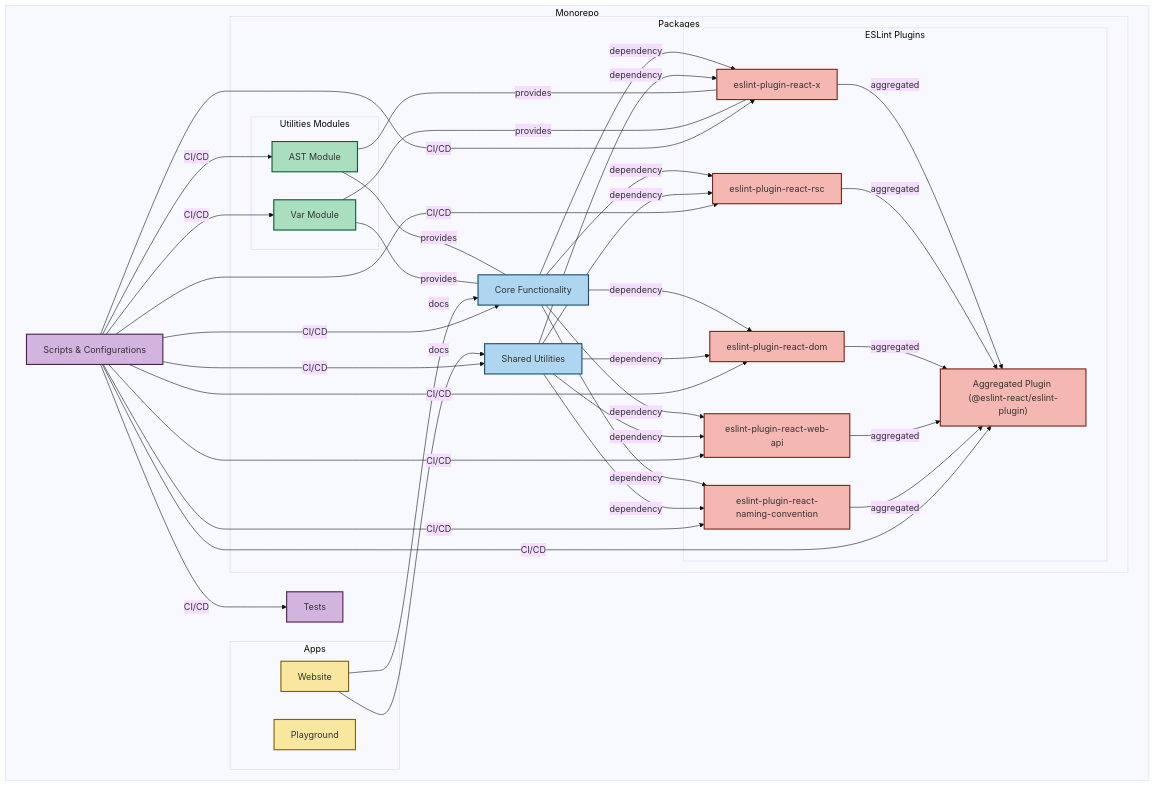
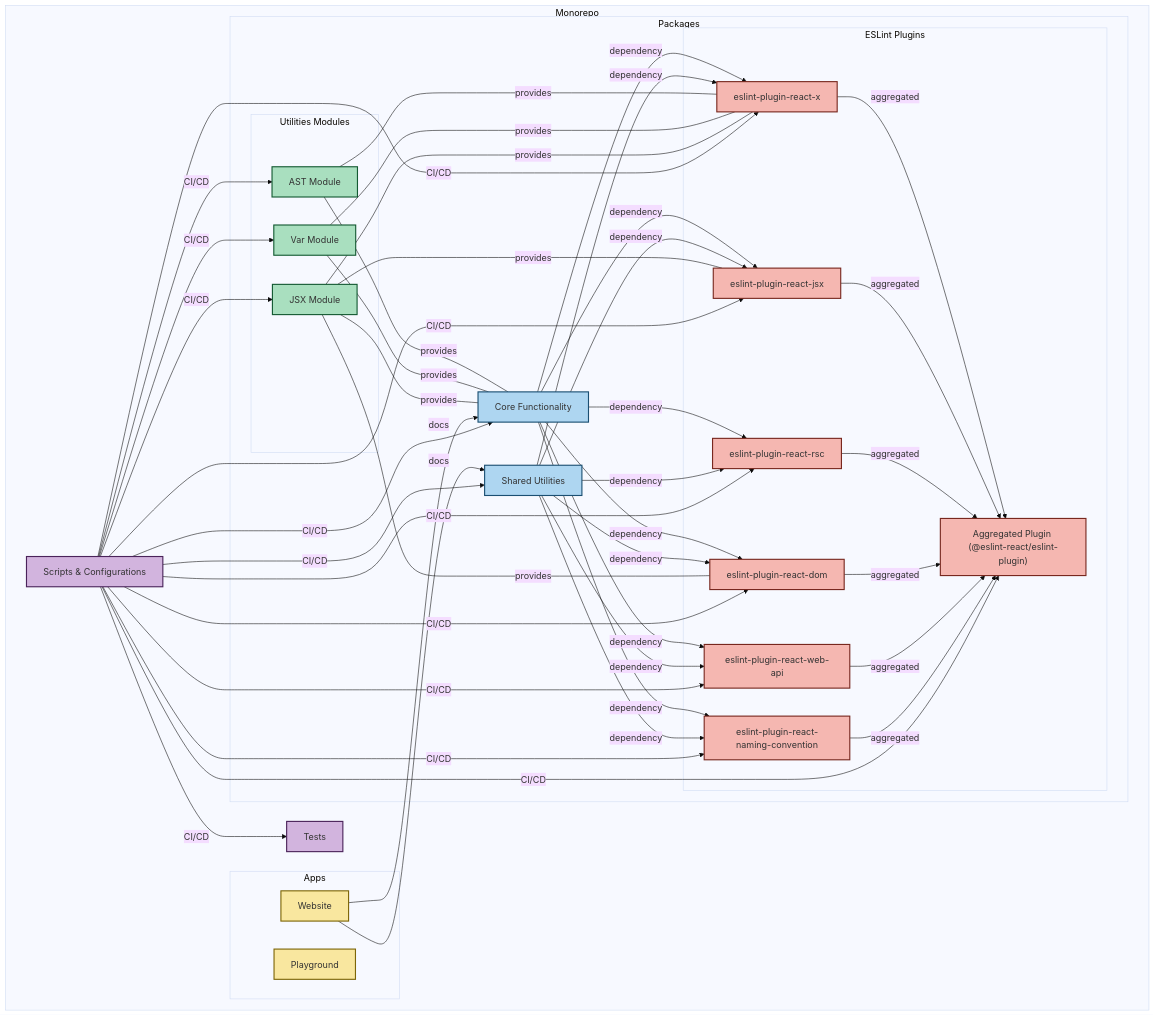
One commit to Rel1cx/eslint-react changed the diagram in apps/website/content/docs/contributing.mdx. Above: the diagram before and after it, drawn with Mermaid (base theme). The commit also changed other lines of this file and 396 other files, not shown here.

```diff
--- a/apps/website/content/docs/contributing.mdx
+++ b/apps/website/content/docs/contributing.mdx
@@ -29,16 +29,18 @@
             subgraph "Utilities Modules"
                 AST["AST Module"]:::utilities
                 Var["Var Module"]:::utilities
+                JSX["JSX Module"]:::utilities
             end
 
             %% ESLint Plugins Subgraph
             subgraph "ESLint Plugins"
-                X["eslint-plugin-react-x"]:::plugins
-                RSC["eslint-plugin-react-rsc"]:::plugins
-                DOM["eslint-plugin-react-dom"]:::plugins
-                WebAPI["eslint-plugin-react-web-api"]:::plugins
-                NamingConvention["eslint-plugin-react-naming-convention"]:::plugins
-                Aggregated["Aggregated Plugin (@eslint-react/eslint-plugin)"]:::plugins
+                ReactX["eslint-plugin-react-x"]:::plugins
+                ReactJSX["eslint-plugin-react-jsx"]:::plugins
+                ReactRSC["eslint-plugin-react-rsc"]:::plugins
+                ReactDOM["eslint-plugin-react-dom"]:::plugins
+                ReactWebAPI["eslint-plugin-react-web-api"]:::plugins
+                ReactNamingConvention["eslint-plugin-react-naming-convention"]:::plugins
+                ReactAggregated["Aggregated Plugin (@eslint-react/eslint-plugin)"]:::plugins
             end
         end
 
@@ -51,34 +53,38 @@
 
     %% Relationships
     %% Plugins depend on Core and Shared
-    Core -->|"dependency"| X
-    Core -->|"dependency"| RSC
-    Core -->|"dependency"| DOM
-    Core -->|"dependency"| WebAPI
+    Core -->|"dependency"| ReactX
+    Core -->|"dependency"| ReactJSX
+    Core -->|"dependency"| ReactRSC
+    Core -->|"dependency"| ReactDOM
+    Core -->|"dependency"| ReactWebAPI
+    Core -->|"dependency"| ReactNamingConvention
 
-    Core -->|"dependency"| NamingConvention
-
-    Shared -->|"dependency"| X
-    Shared -->|"dependency"| RSC
-    Shared -->|"dependency"| DOM
-    Shared -->|"dependency"| WebAPI
-
-    Shared -->|"dependency"| NamingConvention
+    Shared -->|"dependency"| ReactX
+    Shared -->|"dependency"| ReactJSX
+    Shared -->|"dependency"| ReactRSC
+    Shared -->|"dependency"| ReactDOM
+    Shared -->|"dependency"| ReactWebAPI
+    Shared -->|"dependency"| ReactNamingConvention
 
     %% Utilities used by Core and Plugins
     AST ---|"provides"| Core
     Var ---|"provides"| Core
+    JSX ---|"provides"| Core
 
-    AST ---|"provides"| X
-    Var ---|"provides"| X
+    AST ---|"provides"| ReactX
+    Var ---|"provides"| ReactX
+    JSX ---|"provides"| ReactX
+    JSX ---|"provides"| ReactDOM
+    JSX ---|"provides"| ReactJSX
 
     %% Aggregation of Plugins
-    X -->|"aggregated"| Aggregated
-    RSC -->|"aggregated"| Aggregated
-    DOM -->|"aggregated"| Aggregated
-    WebAPI -->|"aggregated"| Aggregated
-
-    NamingConvention -->|"aggregated"| Aggregated
+    ReactX -->|"aggregated"| ReactAggregated
+    ReactJSX -->|"aggregated"| ReactAggregated
+    ReactRSC -->|"aggregated"| ReactAggregated
+    ReactDOM -->|"aggregated"| ReactAggregated
+    ReactWebAPI -->|"aggregated"| ReactAggregated
+    ReactNamingConvention -->|"aggregated"| ReactAggregated
 
     %% Website Documentation uses Core and Shared docs
     Website -->|"docs"| Core
@@ -89,13 +95,14 @@
     Scripts -->|"CI/CD"| Shared
     Scripts -->|"CI/CD"| AST
     Scripts -->|"CI/CD"| Var
-    Scripts -->|"CI/CD"| X
-    Scripts -->|"CI/CD"| RSC
-    Scripts -->|"CI/CD"| DOM
-    Scripts -->|"CI/CD"| WebAPI
-
-    Scripts -->|"CI/CD"| NamingConvention
-    Scripts -->|"CI/CD"| Aggregated
+    Scripts -->|"CI/CD"| JSX
+    Scripts -->|"CI/CD"| ReactX
+    Scripts -->|"CI/CD"| ReactJSX
+    Scripts -->|"CI/CD"| ReactRSC
+    Scripts -->|"CI/CD"| ReactDOM
+    Scripts -->|"CI/CD"| ReactWebAPI
+    Scripts -->|"CI/CD"| ReactNamingConvention
+    Scripts -->|"CI/CD"| ReactAggregated
     Scripts -->|"CI/CD"| Tests
 
     %% Click Events
@@ -105,11 +112,14 @@
     click Shared "https://github.com/rel1cx/eslint-react/tree/main/packages/shared"
     click AST "https://github.com/rel1cx/eslint-react/tree/main/packages/utilities/ast"
     click Var "https://github.com/rel1cx/eslint-react/tree/main/packages/utilities/var"
-    click X "https://github.com/rel1cx/eslint-react/tree/main/packages/plugins/eslint-plugin-react-x"
-    click DOM "https://github.com/rel1cx/eslint-react/tree/main/packages/plugins/eslint-plugin-react-dom"
-    click WebAPI "https://github.com/rel1cx/eslint-react/tree/main/packages/plugins/eslint-plugin-react-web-api"
-    click NamingConvention "https://github.com/rel1cx/eslint-react/tree/main/packages/plugins/eslint-plugin-react-naming-convention"
-    click Aggregated "https://github.com/rel1cx/eslint-react/tree/main/packages/plugins/eslint-plugin"
+    click JSX "https://github.com/rel1cx/eslint-react/tree/main/packages/utilities/jsx"
+    click ReactX "https://github.com/rel1cx/eslint-react/tree/main/packages/plugins/eslint-plugin-react-x"
+    click ReactJSX "https://github.com/rel1cx/eslint-react/tree/main/packages/plugins/eslint-plugin-react-jsx"
+    click ReactRSC "https://github.com/rel1cx/eslint-react/tree/main/packages/plugins/eslint-plugin-react-rsc"
+    click ReactDOM "https://github.com/rel1cx/eslint-react/tree/main/packages/plugins/eslint-plugin-react-dom"
+    click ReactWebAPI "https://github.com/rel1cx/eslint-react/tree/main/packages/plugins/eslint-plugin-react-web-api"
+    click ReactNamingConvention "https://github.com/rel1cx/eslint-react/tree/main/packages/plugins/eslint-plugin-react-naming-convention"
+    click ReactAggregated "https://github.com/rel1cx/eslint-react/tree/main/packages/plugins/eslint-plugin"
     click Scripts "https://github.com/rel1cx/eslint-react/tree/main/scripts"
     click Tests "https://github.com/rel1cx/eslint-react/tree/main/test"
 
```
